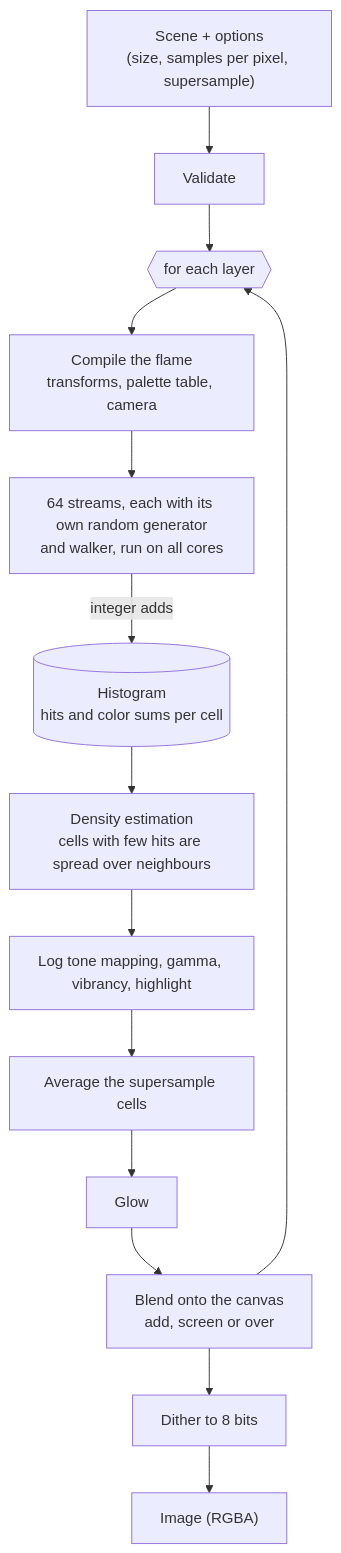
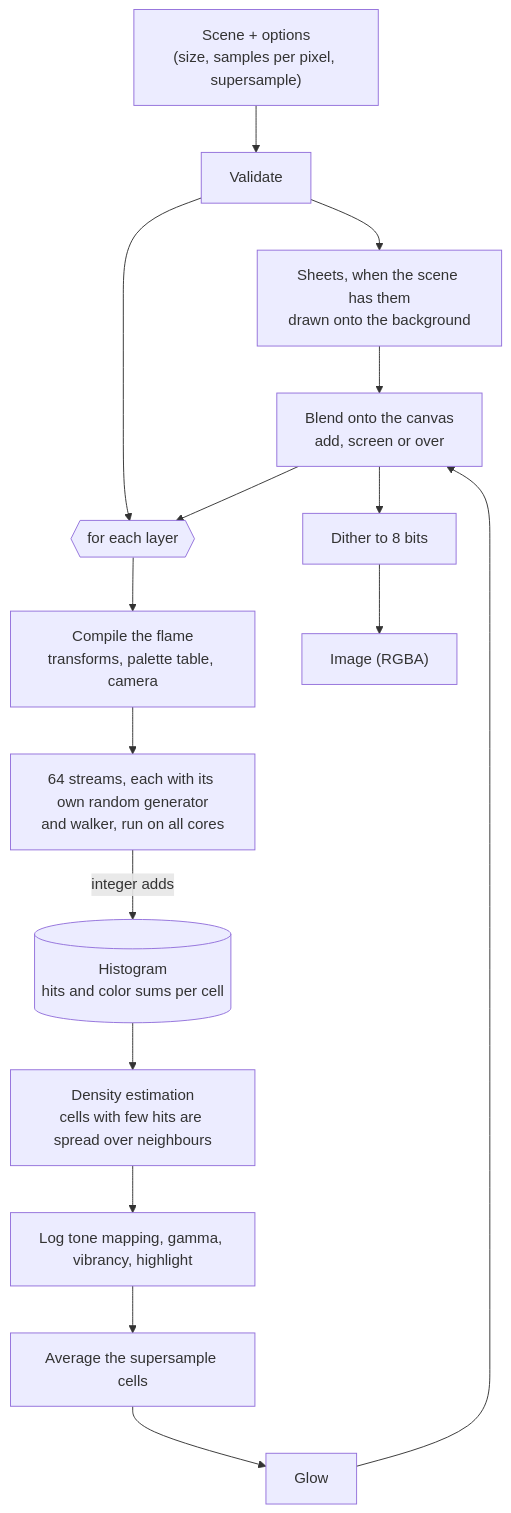
One commit to tarpetos/fractique changed the second of 2 diagrams in docs/architecture.md. Above: the diagram before and after it, drawn with Mermaid. The commit also changed other lines of this file and 38 other files, not shown here.

````diff
--- a/docs/architecture.md
+++ b/docs/architecture.md
@@ -60,16 +71,18 @@
 ```mermaid
 flowchart TB
     S["Scene + options<br/>(size, samples per pixel, supersample)"] --> V["Validate"]
+    V --> SH["Sheets, when the scene has them<br/>drawn onto the background"]
     V --> L{{"for each layer"}}
     L --> C["Compile the flame<br/>transforms, palette table, camera"]
     C --> W["64 streams, each with its own random generator<br/>and walker, run on all cores"]
     W -- "integer adds" --> H[("Histogram<br/>hits and color sums per cell")]
     H --> E["Density estimation<br/>cells with few hits are spread over neighbours"]
     E --> T["Log tone mapping, gamma, vibrancy, highlight"]
     T --> D["Average the supersample cells"]
     D --> G["Glow"]
     G --> B["Blend onto the canvas<br/>add, screen or over"]
     B --> L
+    SH --> B
     B --> Q["Dither to 8 bits"]
     Q --> I["Image (RGBA)"]
 ```
````
